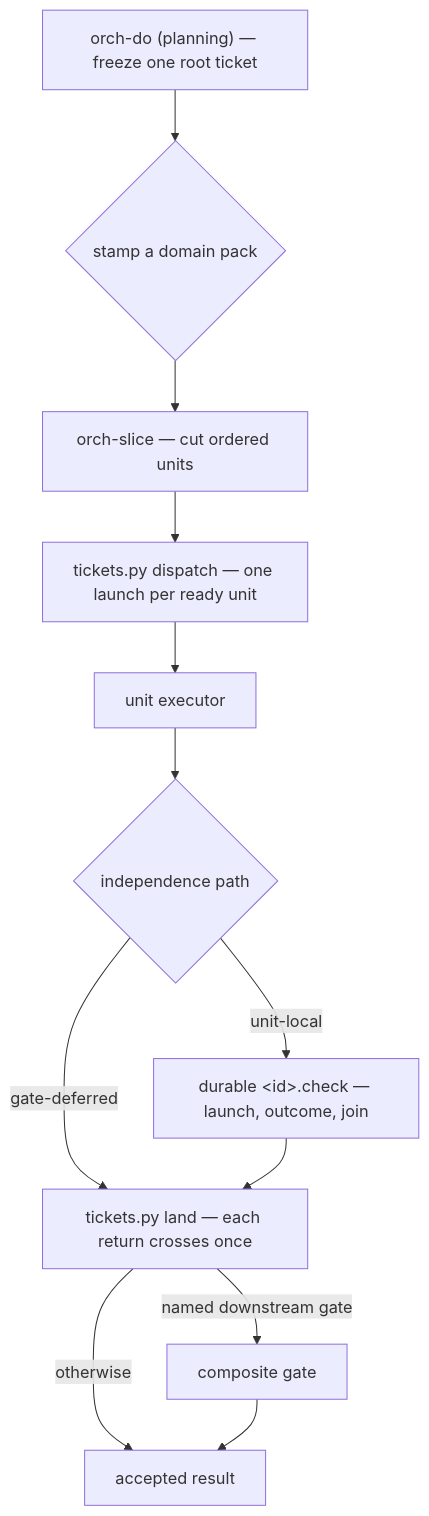
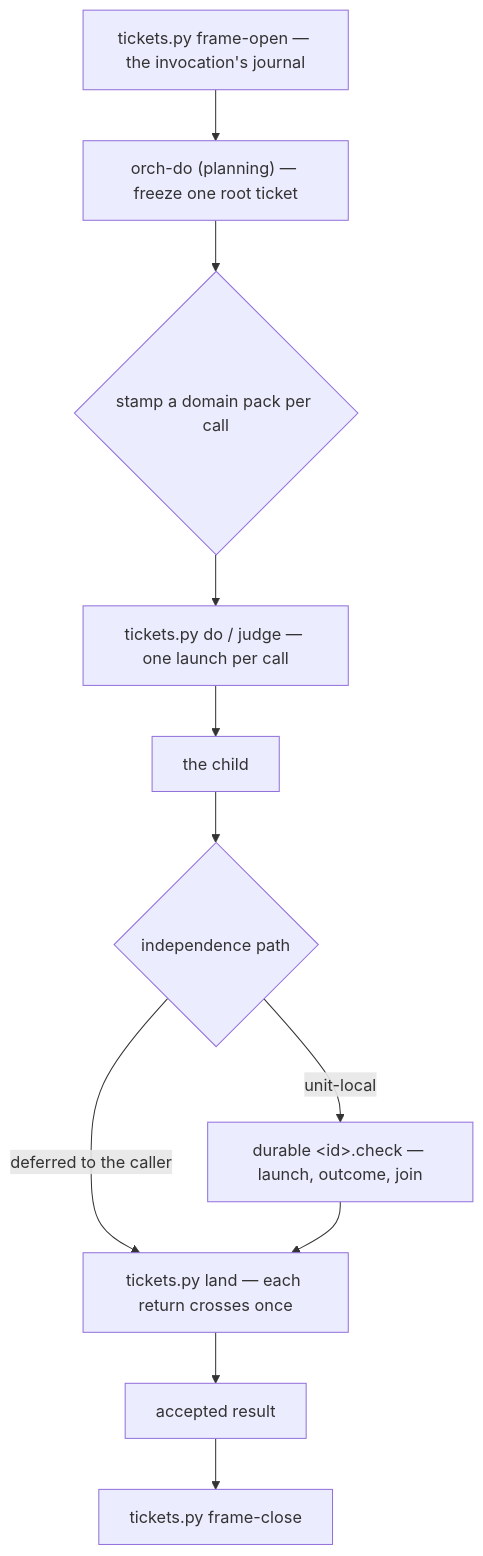
One commit to DanMcInerney/orchflows changed the diagram in README.md. Above: the diagram before and after it, drawn with Mermaid. The commit also changed other lines of this file and 4 other files, not shown here.

````diff
--- a/README.md
+++ b/README.md
@@ -181,14 +180,13 @@
 ```mermaid
 flowchart TD
-    outline["orch-do (planning) — freeze one root ticket"] --> pack{"stamp a domain pack"}
-    pack --> dec["orch-slice — cut ordered units"]
-    dec --> frontier["tickets.py dispatch — one launch per ready unit"]
-    frontier --> exec["unit executor"]
+    frame["tickets.py frame-open — the invocation's journal"] --> outline["orch-do (planning) — freeze one root ticket"]
+    outline --> pack{"stamp a domain pack per call"}
+    pack --> brick["tickets.py do / judge — one launch per call"]
+    brick --> exec["the child"]
     exec --> path{"independence path"}
     path -->|unit-local| checker["durable &lt;id&gt;.check — launch, outcome, join"]
-    path -->|gate-deferred| join["tickets.py land — each return crosses once"]
+    path -->|deferred to the caller| join["tickets.py land — each return crosses once"]
     checker --> join
-    join -->|named downstream gate| gate["composite gate"]
-    join -->|otherwise| accepted["accepted result"]
-    gate --> accepted
+    join --> accepted["accepted result"]
+    accepted --> close["tickets.py frame-close"]
 ```
````
